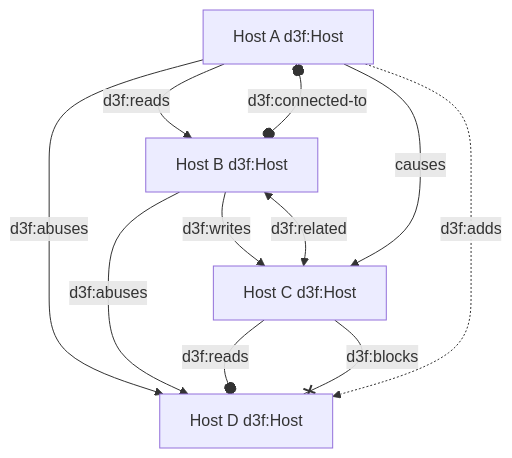
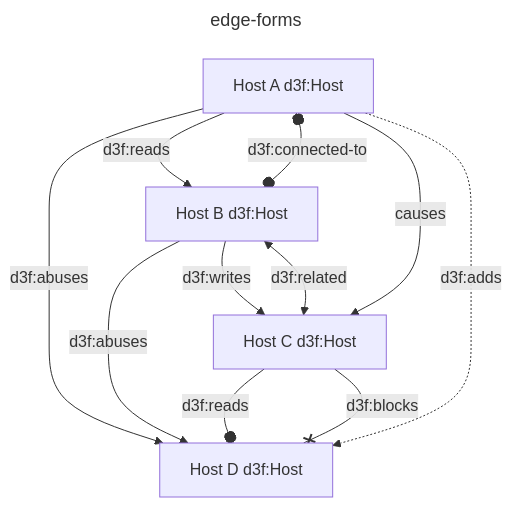
Diagram 13 of 15 in app/src/data/examples/testcases.md (ioggstream/d3sign), drawn with Mermaid before and after one commit. The commit also changed other lines of this file and 8 other files, not shown here.

Commit message:
Fix: #6. Diagram titles.

````diff
--- a/app/src/data/examples/testcases.md
+++ b/app/src/data/examples/testcases.md
@@ -416,39 +442,40 @@
 ```mermaid
 ---
 id: edge-forms
+title: edge-forms
 ---
 graph
 
 a[Host A d3f:Host]
 b[Host B d3f:Host]
 c[Host C d3f:Host]
 d[Host D d3f:Host]
 
 %% WHEN arrows are chained on one line
 %% THEN each arrow is an edge of its own
 a -->|d3f:reads| b -->|d3f:writes| c
 
 %% WHEN endpoints are joined with &
 %% THEN every source pairs with every target
 a & b -->|d3f:abuses| d
 
 %% WHEN the arrow head is a circle or a cross
 %% THEN the head is style, the triple is the same
 c --o|d3f:reads| d
 c --x|d3f:blocks| d
 
 %% WHEN both ends carry a head
 %% THEN the triple is emitted in both directions
 b <-->|d3f:related| c
 a o--o|d3f:connected-to| b
 
 %% WHEN the arrow is dotted
 %% THEN the style is dropped, the triple is not
 a -.->|d3f:adds| d
 
 %% WHEN the label has no vocabulary prefix
 %% THEN nothing is emitted and the banner names the label
 %% (it used to be expanded to d3f:causes, which cannot tell a shorthand for a real
 %%  property from prose — mta.md's |a| became the nonexistent d3f:a the same way)
 a -->|causes| c
 ```
````
